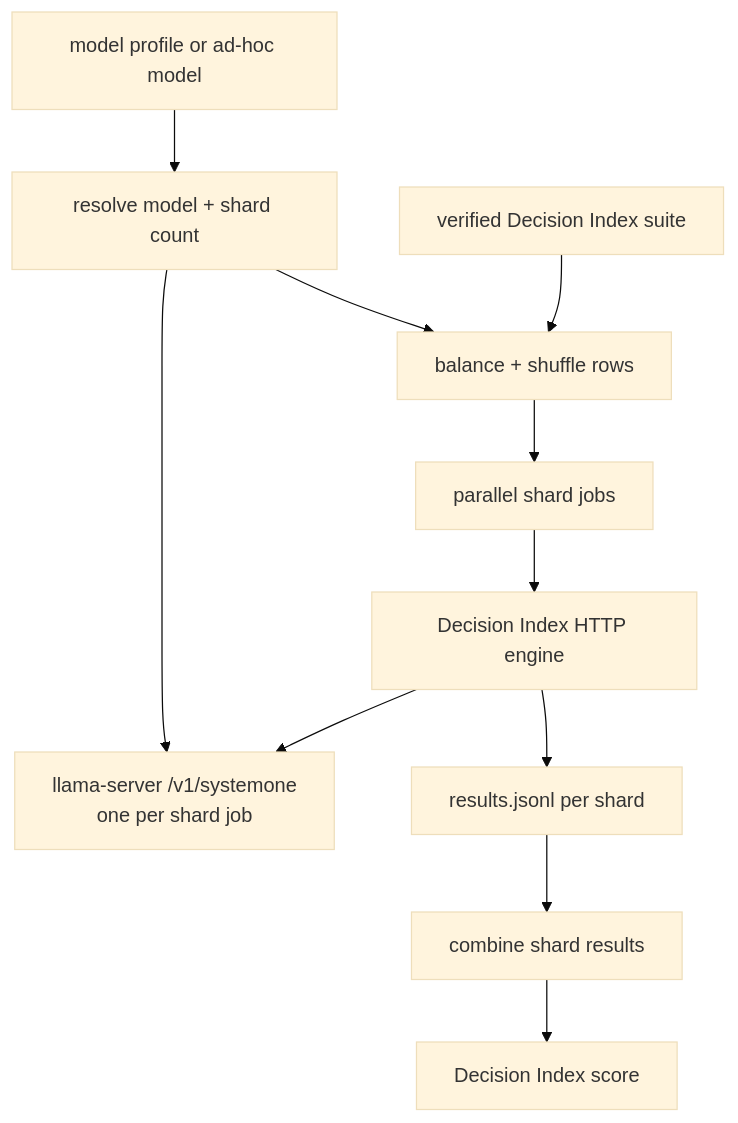
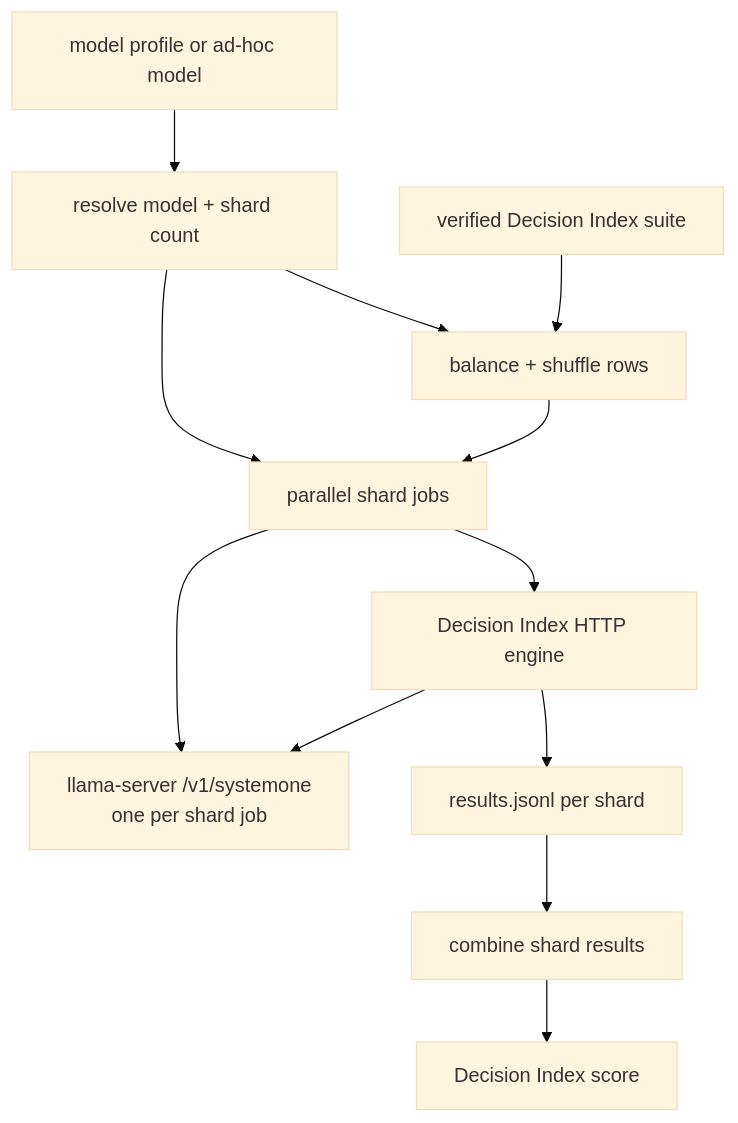
Before and after one commit to datGryphon/systemone-eval: the second of 2 diagrams in .github/PIPELINE.md, drawn with Mermaid (base theme). The commit also changed other lines of this file, not shown here.

````diff
--- a/.github/PIPELINE.md
+++ b/.github/PIPELINE.md
@@ -42,23 +42,24 @@
 ```mermaid
 flowchart TD
     CONFIG[model profile or ad-hoc model]
     PLAN[resolve model + shard count]
     SUITE[verified Decision Index suite]
     SPLIT[balance + shuffle rows]
     JOBS[parallel shard jobs]
     SERVER[llama-server /v1/systemone<br/>one per shard job]
     ENGINE[Decision Index HTTP engine]
     SHARD_RESULTS[results.jsonl per shard]
     COMBINE[combine shard results]
     SCORE[Decision Index score]
 
     CONFIG --> PLAN
     PLAN --> SPLIT
     SUITE --> SPLIT
-    PLAN --> SERVER
+    PLAN --> JOBS
     SPLIT --> JOBS
+    JOBS --> SERVER
     JOBS --> ENGINE
     ENGINE --> SERVER
     ENGINE --> SHARD_RESULTS
     SHARD_RESULTS --> COMBINE --> SCORE
 ```
````
